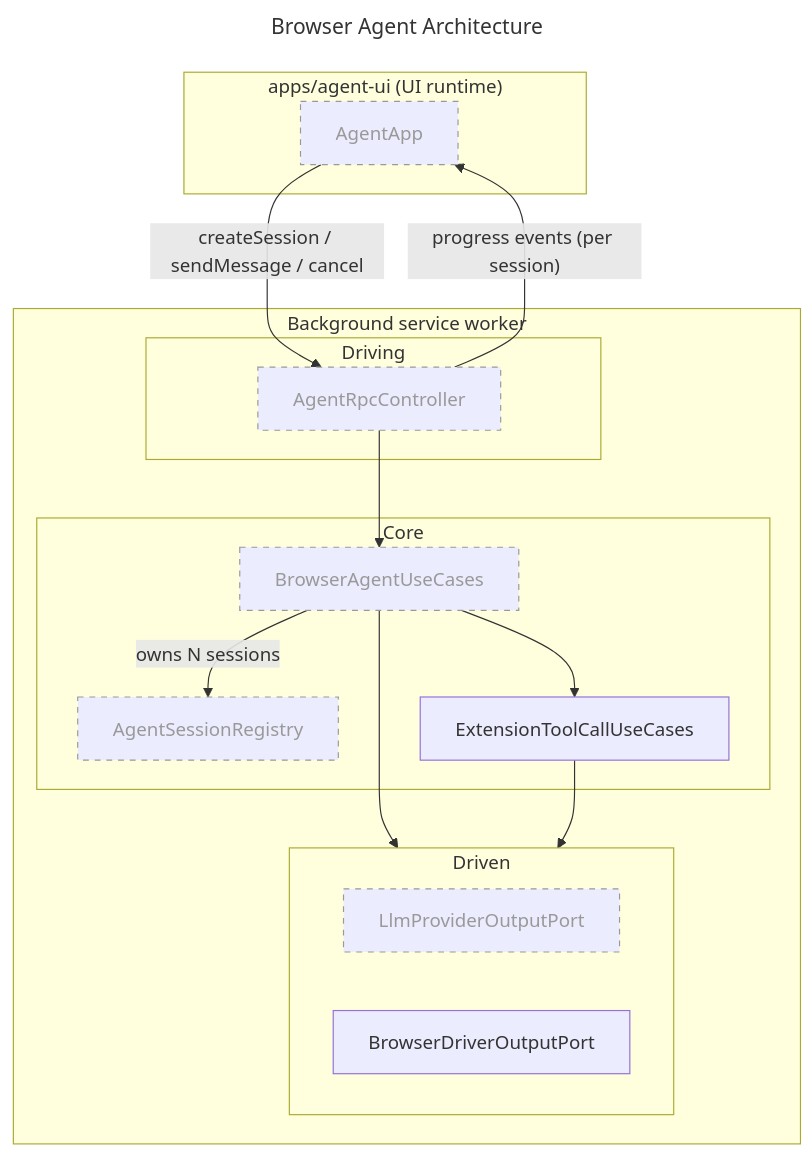
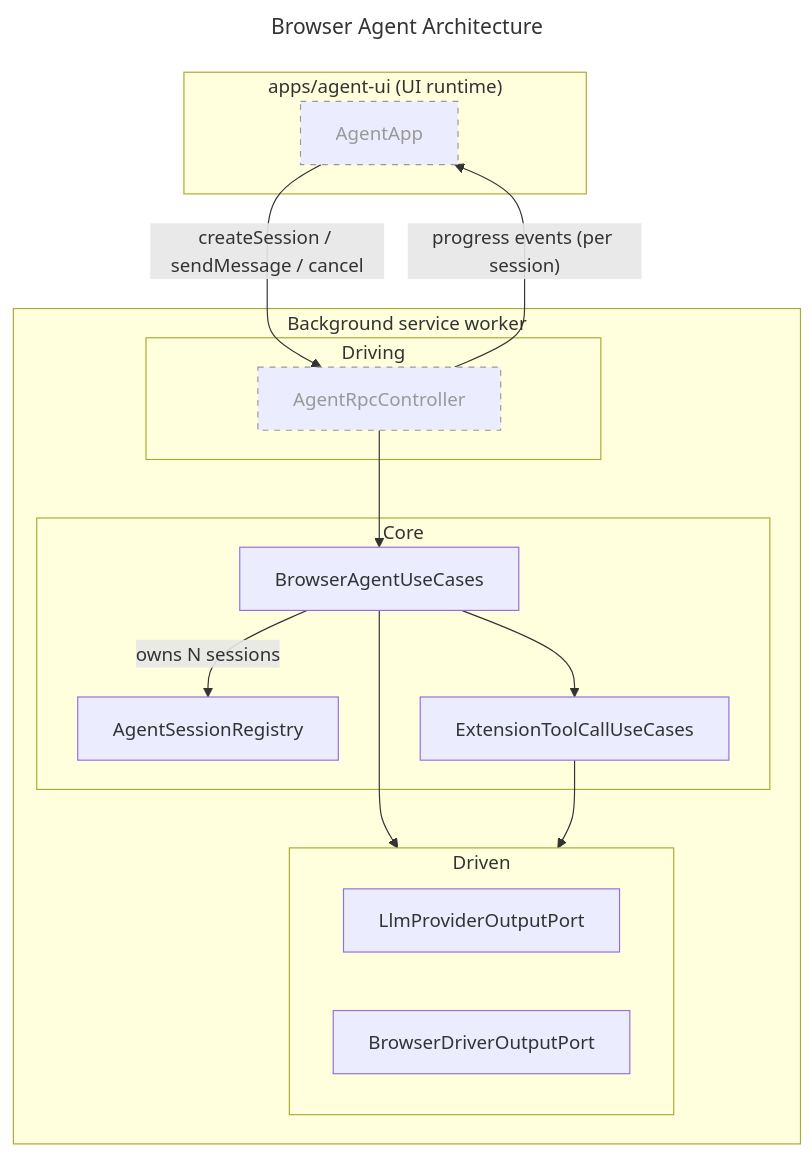
One commit to ndthanhdev/mcp-browser-kit changed diagram 11 of 11 in docs/architecture.md. Above: the diagram before and after it, drawn with Mermaid. The commit also changed other lines of this file and 45 other files, not shown here.

First line of the commit message:
feat: gate browser-agent per app, rename ExtensionBootstrap to ExtensionLifecycle (#159)

````diff
--- a/docs/architecture.md
+++ b/docs/architecture.md
@@ -326,36 +321,36 @@
 ```mermaid
 ---
 title: Browser Agent Architecture
 ---
 flowchart TD
   subgraph AgentUi["apps/agent-ui (UI runtime)"]
     AgentApp["AgentApp"]
   end
 
   subgraph BackgroundSW["Background service worker"]
     subgraph Driving["Driving"]
       AgentRpcController["AgentRpcController"]
     end
     subgraph Core["Core"]
       BrowserAgentUseCases["BrowserAgentUseCases"]
       AgentSessionRegistry["AgentSessionRegistry"]
       ExtensionToolCallUseCases["ExtensionToolCallUseCases"]
     end
     subgraph Driven["Driven"]
       direction LR
       LlmProvider["LlmProviderOutputPort"]
       BrowserDriver["BrowserDriverOutputPort"]
     end
   end
 
   AgentApp -->|"createSession / sendMessage / cancel"| AgentRpcController
   AgentRpcController -->|"progress events (per session)"| AgentApp
   AgentRpcController --> BrowserAgentUseCases
   BrowserAgentUseCases -->|"owns N sessions"| AgentSessionRegistry
   BrowserAgentUseCases --> LlmProvider
   BrowserAgentUseCases --> ExtensionToolCallUseCases
   ExtensionToolCallUseCases --> BrowserDriver
 
   classDef planned stroke-dasharray:5 5,stroke:#999,color:#999;
-  class AgentApp,AgentRpcController,BrowserAgentUseCases,AgentSessionRegistry,LlmProvider planned;
+  class AgentApp,AgentRpcController planned;
 ```
````
